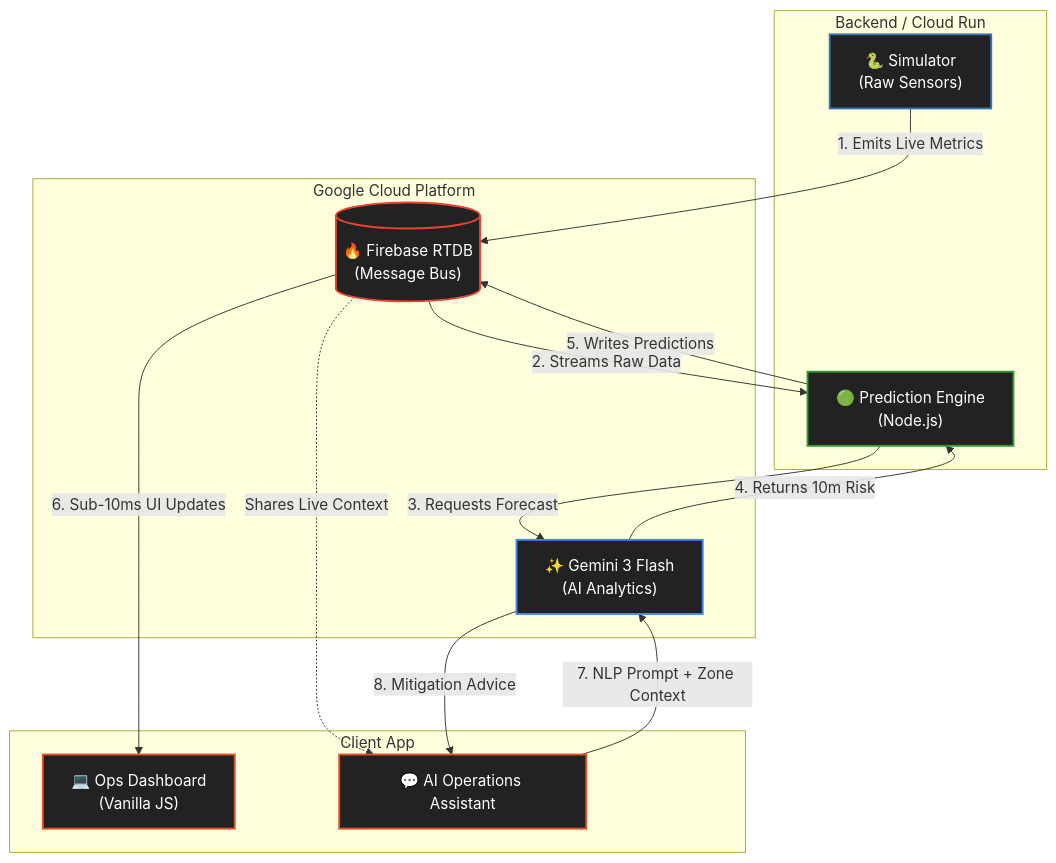
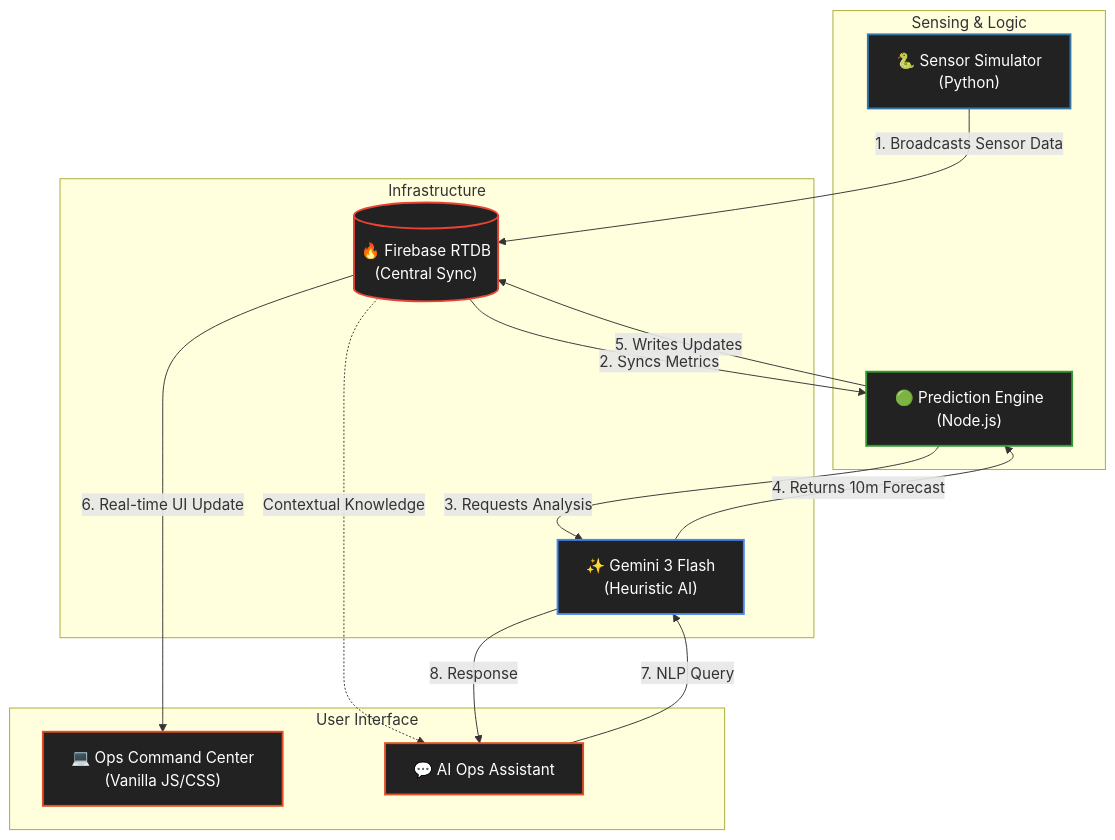
Before and after one commit to Srijan78/NexGate: the diagram in README.md, drawn with Mermaid. The commit also changed other lines of this file, not shown here.

````diff
--- a/README.md
+++ b/README.md
@@ -31,36 +28,36 @@
 ```mermaid
 graph TD
     classDef python fill:#222,stroke:#3776ab,stroke-width:2px,color:#fff
     classDef node fill:#222,stroke:#339933,stroke-width:2px,color:#fff
     classDef frontend fill:#222,stroke:#e34f26,stroke-width:2px,color:#fff
     classDef google fill:#222,stroke:#4285F4,stroke-width:2px,color:#fff
     classDef data fill:#222,stroke:#EA4335,stroke-width:2px,color:#fff
 
-    subgraph "Backend / Cloud Run"
-        Sim["🐍 Simulator<br>(Raw Sensors)"]:::python
+    subgraph "Sensing & Logic"
+        Sim["🐍 Sensor Simulator<br>(Python)"]:::python
         Engine["🟢 Prediction Engine<br>(Node.js)"]:::node
     end
     
-    subgraph "Client App"
-        Dash["💻 Ops Dashboard<br>(Vanilla JS)"]:::frontend
-        Chat["💬 AI Operations Assistant"]:::frontend
+    subgraph "User Interface"
+        Dash["💻 Ops Command Center<br>(Vanilla JS/CSS)"]:::frontend
+        Chat["💬 AI Ops Assistant"]:::frontend
     end
 
-    subgraph "Google Cloud Platform"
-        DB[("🔥 Firebase RTDB<br>(Message Bus)")]:::data
-        Gemini["✨ Gemini 3 Flash<br>(AI Analytics)"]:::google
+    subgraph "Infrastructure"
+        DB[("🔥 Firebase RTDB<br>(Central Sync)")]:::data
+        Gemini["✨ Gemini 3 Flash<br>(Heuristic AI)"]:::google
     end
 
-    Sim -- "1. Emits Live Metrics" --> DB
+    Sim -- "1. Broadcasts Sensor Data" --> DB
     
-    DB -- "2. Streams Raw Data" --> Engine
-    Engine -- "3. Requests Forecast" --> Gemini
-    Gemini -- "4. Returns 10m Risk" --> Engine
-    Engine -- "5. Writes Predictions" --> DB
+    DB -- "2. Syncs Metrics" --> Engine
+    Engine -- "3. Requests Analysis" --> Gemini
+    Gemini -- "4. Returns 10m Forecast" --> Engine
+    Engine -- "5. Writes Updates" --> DB
     
-    DB -- "6. Sub-10ms UI Updates" --> Dash
-    DB -. "Shares Live Context" .-> Chat
+    DB -- "6. Real-time UI Update" --> Dash
+    DB -. "Contextual Knowledge" .-> Chat
     
-    Chat -- "7. NLP Prompt + Zone Context" --> Gemini
-    Gemini -- "8. Mitigation Advice" --> Chat
+    Chat -- "7. NLP Query" --> Gemini
+    Gemini -- "8. Response" --> Chat
 ```
````
